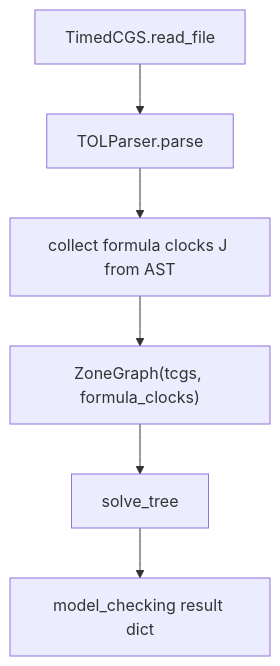
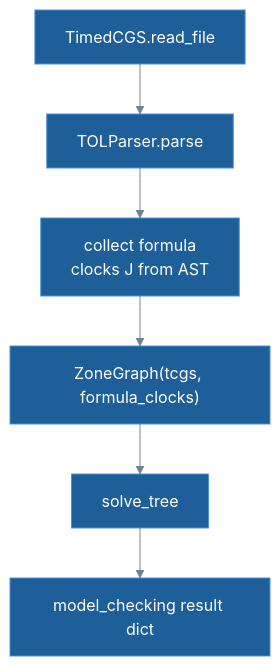
The diagram in docs/TOL/algorithm.md (VITAMIN-organisation/vitamin-model-checker), drawn with Mermaid before and after one commit. The commit also changed other lines of this file and 3 other files, not shown here.

````diff
--- a/docs/TOL/algorithm.md
+++ b/docs/TOL/algorithm.md
@@ -134,11 +149,12 @@
 ```mermaid
-flowchart TD
+%%{init: {"theme": "base", "themeVariables": {"primaryColor": "#1f5f99", "primaryTextColor": "#ffffff", "primaryBorderColor": "#4a90d9", "lineColor": "#75808f", "tertiaryTextColor": "#75808f", "titleColor": "#75808f", "clusterBkg": "transparent", "clusterBorder": "#75808f", "edgeLabelBackground": "transparent"}}}%%
+flowchart TB
     load["TimedCGS.read_file"]
     parse["TOLParser.parse"]
-    clocks["collect formula clocks J from AST"]
+    clocks["collect formula<br/>clocks J from AST"]
     zones["ZoneGraph(tcgs, formula_clocks)"]
     solve["solve_tree"]
     result["model_checking result dict"]
 
     load --> parse --> clocks --> zones --> solve --> result
 ```
````
